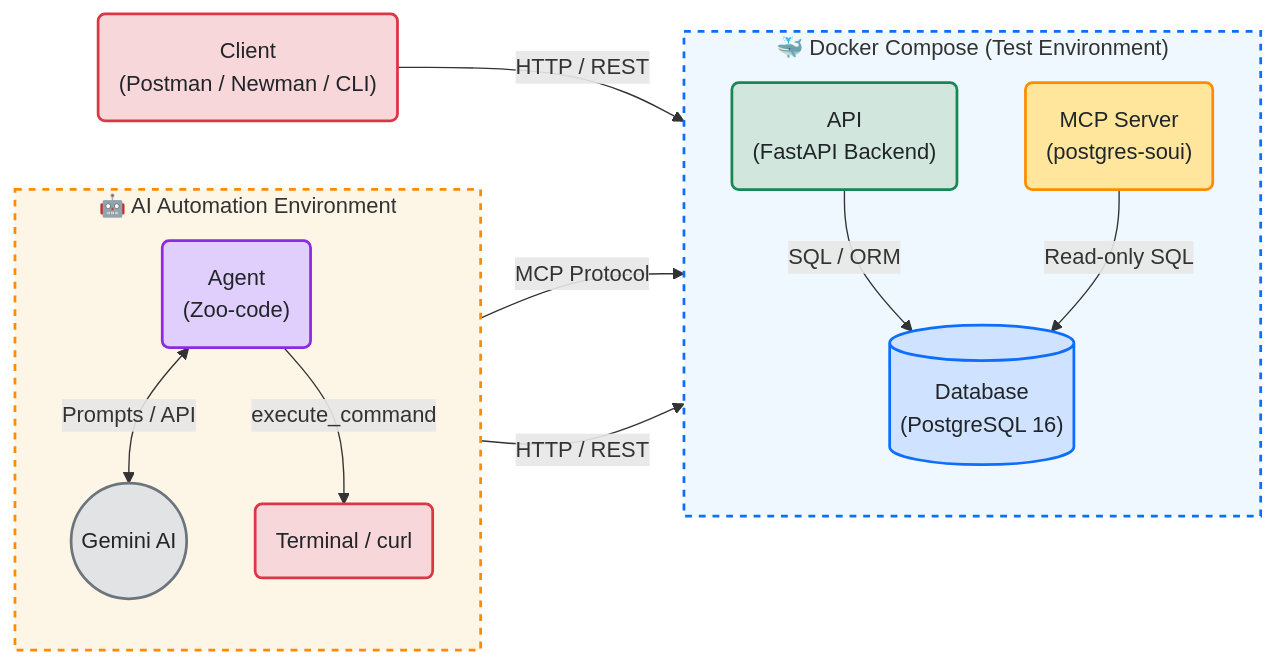
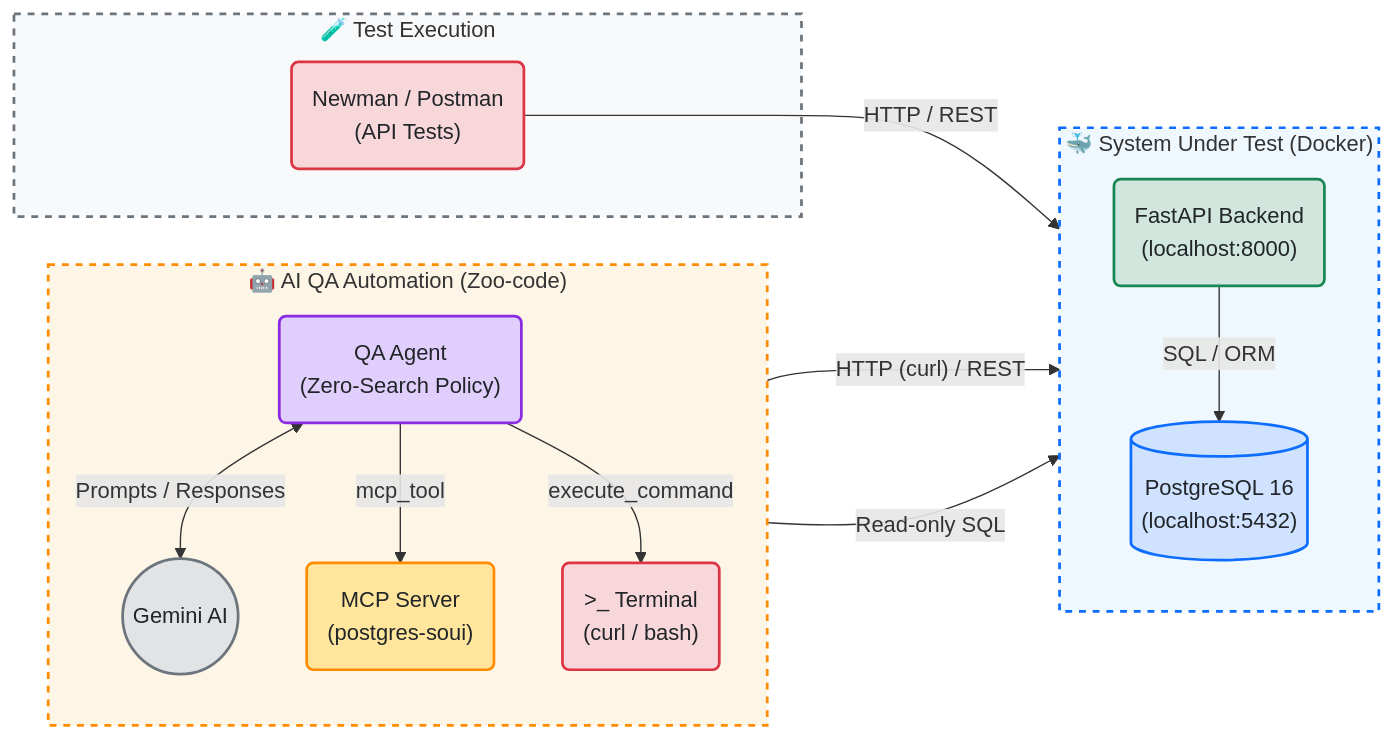
The diagram in README.md (stasmeh/soui-qa-automation-hub), drawn with Mermaid before and after one commit.

````diff
--- a/README.md
+++ b/README.md
@@ -25,53 +25,56 @@
 ```mermaid
 graph LR
-    %% Клиентская часть
-    Client("Client<br/>(Postman / Newman / CLI)")
+    %% Классические инструменты QA
+    subgraph QA_Tools ["🧪 Test Execution"]
+        Newman("Newman / Postman<br/>(API Tests)")
+    end
 
     %% Зона тестируемого приложения (Docker)
-    subgraph Docker_Env ["🐳 Docker Compose (Test Environment)"]
+    subgraph Docker ["🐳 System Under Test (Docker)"]
         direction TB
-        API("API<br/>(FastAPI Backend)")
-        DB[("Database<br/>(PostgreSQL 16)")]
-        MCP("MCP Server<br/>(postgres-soui)")
-
+        API("FastAPI Backend<br/>(localhost:8000)")
+        DB[("PostgreSQL 16<br/>(localhost:5432)")]
+        
         API -->|"SQL / ORM"| DB
-        MCP -->|"Read-only SQL"| DB
     end
 
     %% Зона ИИ и Агента
-    subgraph AI_Ecosystem ["🤖 AI Automation Environment"]
+    subgraph AI_Env ["🤖 AI QA Automation (Zoo-code)"]
         direction TB
         LLM(("Gemini AI"))
-        Agent("Agent<br/>(Zoo-code)")
-        Terminal("Terminal / curl")
+        Agent("QA Agent<br/>(Zero-Search Policy)")
+        MCP("MCP Server<br/>(postgres-soui)")
+        Terminal(">_ Terminal<br/>(curl / bash)")
 
-        Agent <-->|"Prompts / API"| LLM
+        Agent <-->|"Prompts / Responses"| LLM
+        Agent -->|"mcp_tool"| MCP
         Agent -->|"execute_command"| Terminal
     end
 
-    %% Внешние связи между зонами
-    Client -->|"HTTP / REST"| API
-    Agent -->|"MCP Protocol"| MCP
-    Terminal -->|"HTTP / REST"| API
+    %% Внешние связи (Кросс-доменные)
+    Newman -->|"HTTP / REST"| API
+    Terminal -->|"HTTP (curl) / REST"| API
+    MCP -->|"Read-only SQL"| DB
 
-    %% Настройки стилей (classDef)
+    %% Настройки стилей (Твоя палитра)
     classDef default fill:#f8f9fa,stroke:#ced4da,stroke-width:1px,color:#212529
     classDef ext fill:#f8d7da,stroke:#dc3545,stroke-width:2px,color:#212529
     classDef api fill:#d1e7dd,stroke:#198754,stroke-width:2px,color:#212529
     classDef db fill:#cfe2ff,stroke:#0d6efd,stroke-width:2px,color:#212529
     classDef mcp fill:#ffe69c,stroke:#ff8c00,stroke-width:2px,color:#212529
     classDef agent fill:#e0cffc,stroke:#8a2be2,stroke-width:2px,color:#212529
     classDef llm fill:#e2e3e5,stroke:#6c757d,stroke-width:2px,color:#212529
 
     %% Применение стилей
-    class Client,Terminal ext
+    class Newman,Terminal ext
     class API api
     class DB db
     class MCP mcp
     class Agent agent
     class LLM llm
 
     %% Стили для рамок (subgraphs)
-    style Docker_Env fill:#f0f8ff,stroke:#0d6efd,stroke-width:2px,stroke-dasharray: 5 5
-    style AI_Ecosystem fill:#fdf5e6,stroke:#ff8c00,stroke-width:2px,stroke-dasharray: 5 5
+    style Docker fill:#f0f8ff,stroke:#0d6efd,stroke-width:2px,stroke-dasharray: 5 5
+    style AI_Env fill:#fdf5e6,stroke:#ff8c00,stroke-width:2px,stroke-dasharray: 5 5
+    style QA_Tools fill:#f8f9fa,stroke:#6c757d,stroke-width:2px,stroke-dasharray: 5 5
 ```
````
